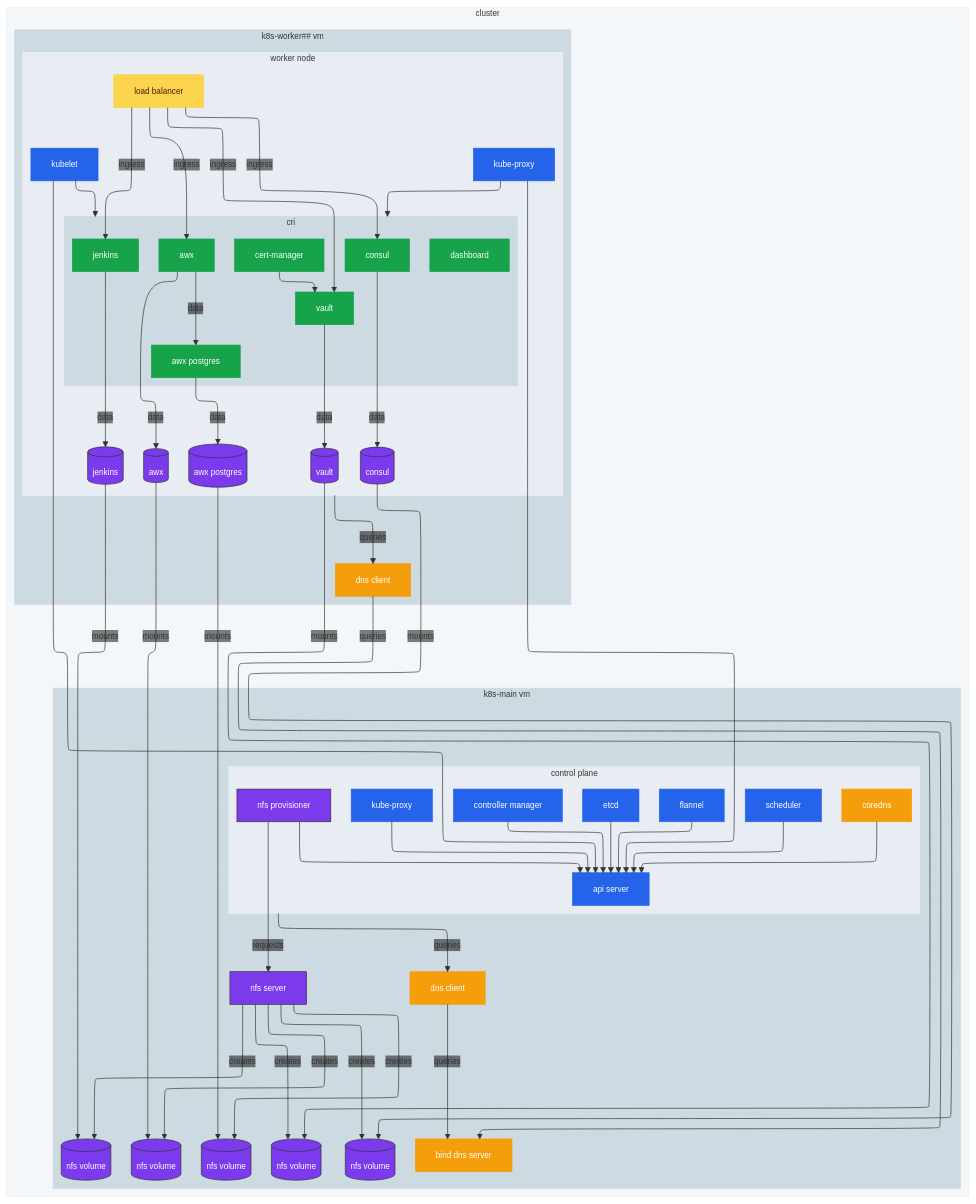
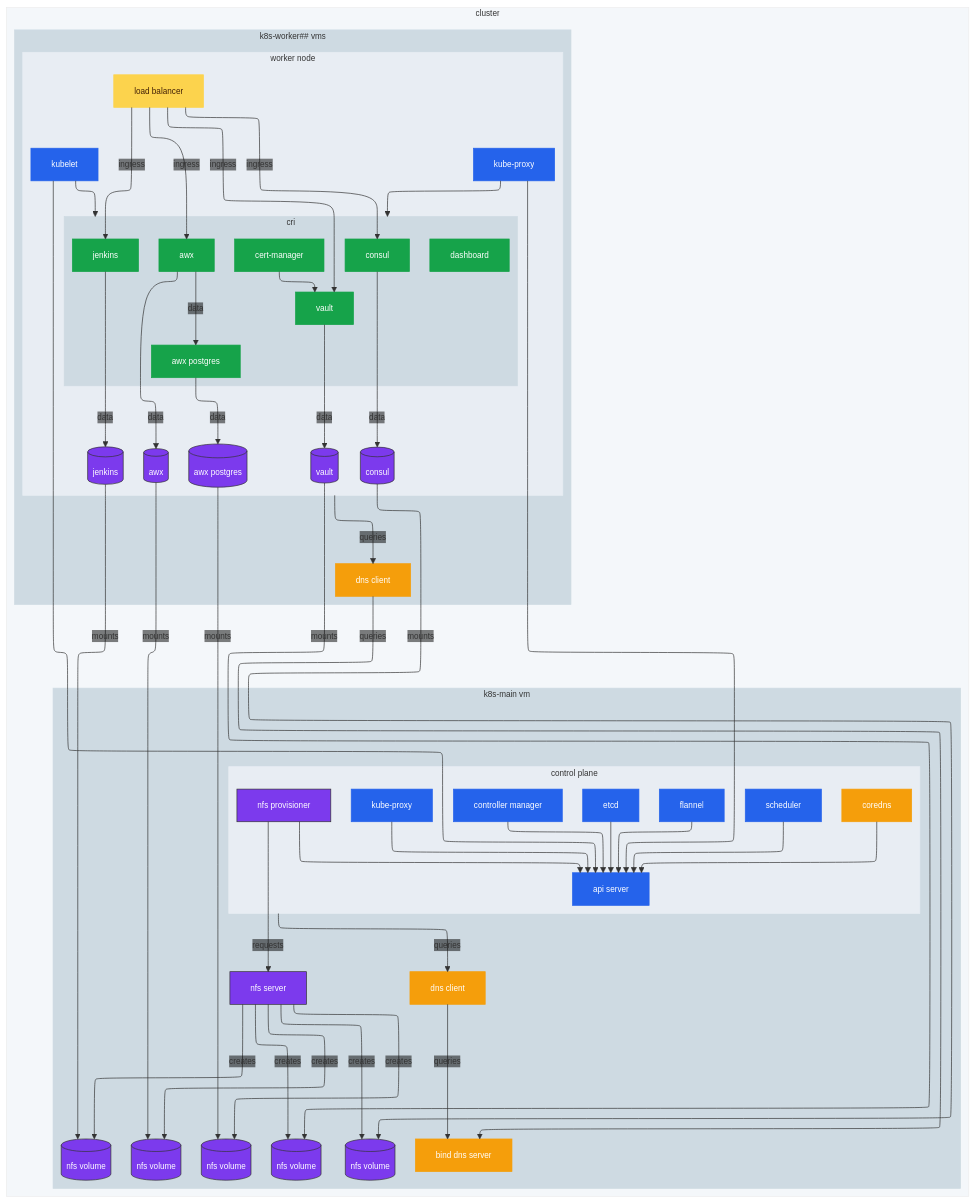
One commit to jaredmmartin/kubernetes-lab changed the diagram in README.md. Above: the diagram before and after it, drawn with Mermaid.

Commit message:
Fix typo in worker node subgraph label

```diff
--- a/README.md
+++ b/README.md
@@ -56,7 +56,7 @@
         end
 
         %% Worker node
-        subgraph vm_worker_1 ["k8s-worker## vm"]
+        subgraph vm_worker_1 ["k8s-worker## vms"]
             %% Services
             service_dns_client_1["dns client"]:::dns
             
```
